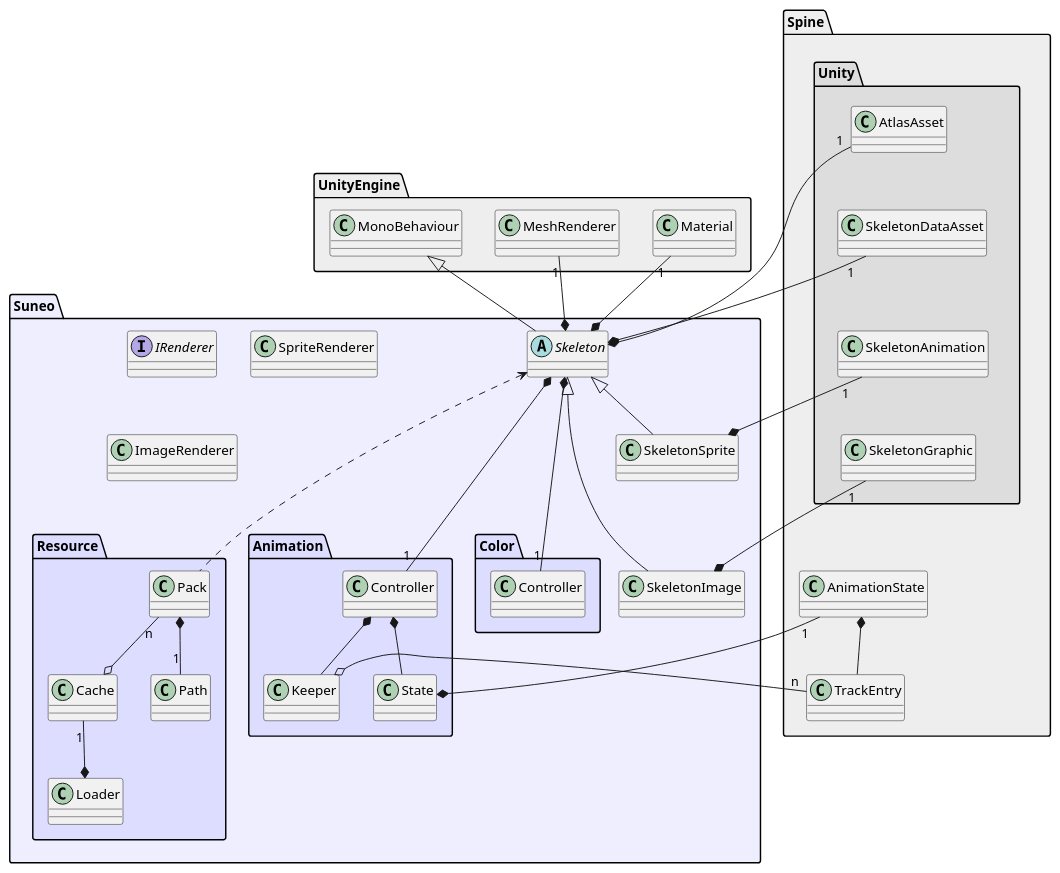
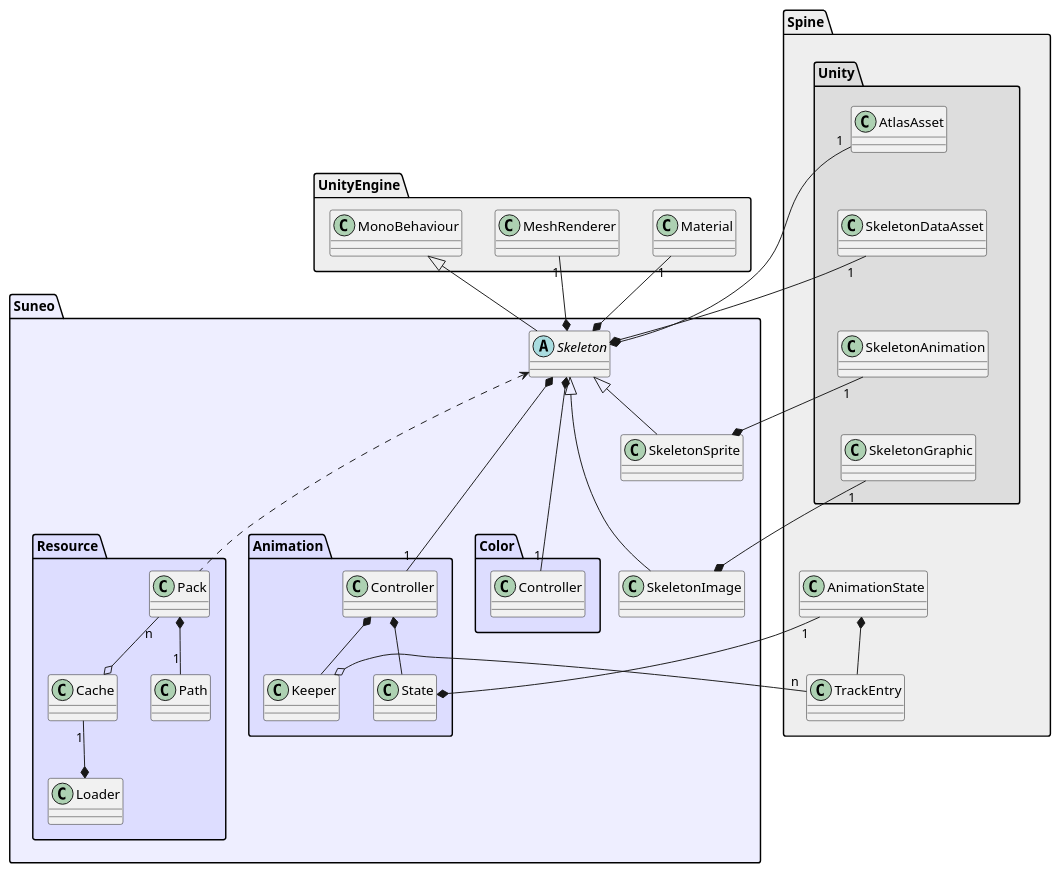
One commit to maetapple/suneo changed the diagram in unity/document/class-design/model.wsd. Above: the diagram before and after it, drawn with PlantUML. The commit also changed 1 other file, not shown here.

Commit message:
[unity] クラス図更新

```diff
--- a/unity/document/class-design/model.wsd
+++ b/unity/document/class-design/model.wsd
@@ -1,84 +1,80 @@
 @startuml
 
 namespace UnityEngine #EEEEEE {
     class MonoBehaviour
     class Material
     class MeshRenderer
 }
 
 namespace Spine #EEEEEE {
     class AnimationState
     class TrackEntry
 
     namespace Unity #DDDDDD {
         class AtlasAsset
         class SkeletonDataAsset
         class SkeletonGraphic
         class SkeletonAnimation
 
         AtlasAsset -[hidden]- SkeletonDataAsset
         SkeletonDataAsset -[hidden]- SkeletonAnimation
         SkeletonAnimation -[hidden]- SkeletonGraphic
     }
 
     Spine.Unity    -[hidden]---- AnimationState
     AnimationState *-- TrackEntry    
 }
 
 namespace Suneo #EEEEFF {
     abstract class Skeleton
     class SkeletonSprite
     class SkeletonImage
-
-    interface IRenderer
-    class SpriteRenderer
-    class ImageRenderer
 
     namespace Resource #DDDDFF {
         class Cache
         class Loader
         class Path
         class Pack
     }
 
     namespace Animation #DDDDFF {
         class Controller
         class Keeper
         class State
     }
 
     namespace Color #DDDDFF {
         class Controller
     }
 }
 
 UnityEngine.MonoBehaviour <|--   Suneo.Skeleton
 UnityEngine.Material      "1" -* Suneo.Skeleton
 UnityEngine.MeshRenderer  "1" -* Suneo.Skeleton
 
 Spine.Unity.AtlasAsset        "1" --* Suneo.Skeleton
 Spine.Unity.SkeletonDataAsset "1" --* Suneo.Skeleton
 
 
 Suneo.Skeleton <|-- Suneo.SkeletonSprite
 Spine.Unity.SkeletonAnimation "1" --* Suneo.SkeletonSprite
 
 Suneo.Skeleton <|--- Suneo.SkeletonImage
 Spine.Unity.SkeletonGraphic "1" --* Suneo.SkeletonImage
 
 
 
 Suneo.Skeleton *--- "1" Suneo.Animation.Controller
 Suneo.Animation.Controller *-- Suneo.Animation.Keeper
 Suneo.Animation.Controller *-- Suneo.Animation.State
 Suneo.Animation.State  *- "1" Spine.AnimationState
 Suneo.Animation.Keeper o- "n" Spine.TrackEntry
 
 Suneo.Skeleton *--- "1" Suneo.Color.Controller
 
 Suneo.Skeleton <... Suneo.Resource.Pack
 Suneo.Resource.Pack  *-- "1" Suneo.Resource.Path
 Suneo.Resource.Pack  "n" --o Suneo.Resource.Cache
 Suneo.Resource.Cache "1" --* Suneo.Resource.Loader
 
 @enduml
```
